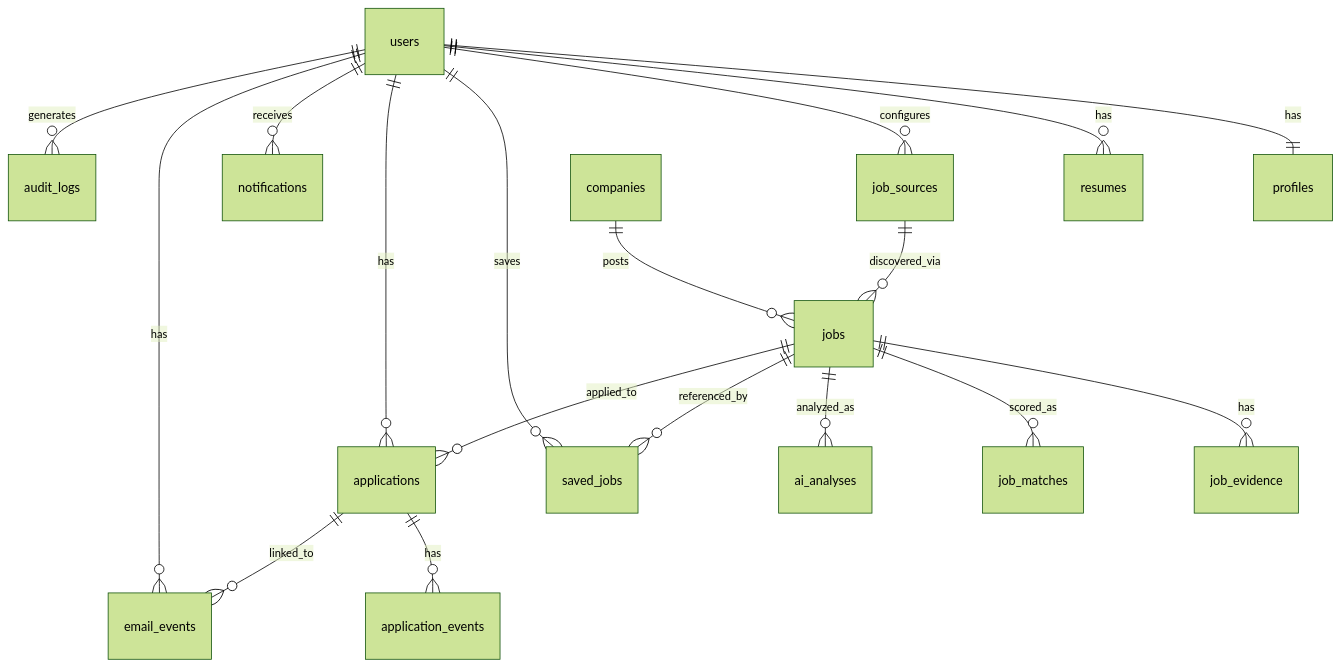
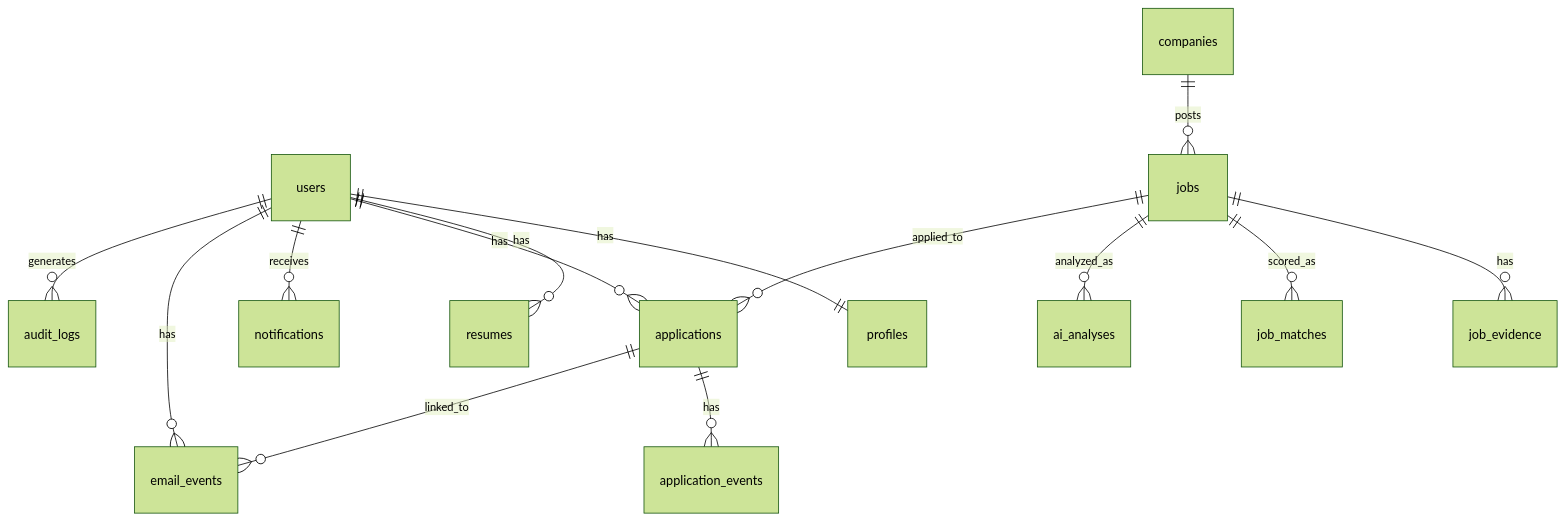
The diagram in docs/06-database-design.md (wassimrahoui/adhd-job-agent), drawn with Mermaid (forest theme) before and after one commit. The commit also changed other lines of this file and 4 other files, not shown here.

````diff
--- a/docs/06-database-design.md
+++ b/docs/06-database-design.md
@@ -7,22 +7,18 @@
 ```mermaid
 erDiagram
     users ||--|| profiles : has
     users ||--o{ resumes : has
-    users ||--o{ job_sources : configures
-    users ||--o{ saved_jobs : saves
     users ||--o{ applications : has
     users ||--o{ notifications : receives
     users ||--o{ email_events : has
     users ||--o{ audit_logs : generates
 
     companies ||--o{ jobs : posts
-    job_sources ||--o{ jobs : discovered_via
     jobs ||--o{ job_evidence : has
     jobs ||--o{ job_matches : scored_as
     jobs ||--o{ ai_analyses : analyzed_as
-    jobs ||--o{ saved_jobs : referenced_by
     jobs ||--o{ applications : applied_to
 
     applications ||--o{ application_events : has
     applications ||--o{ email_events : linked_to
 ```
````
